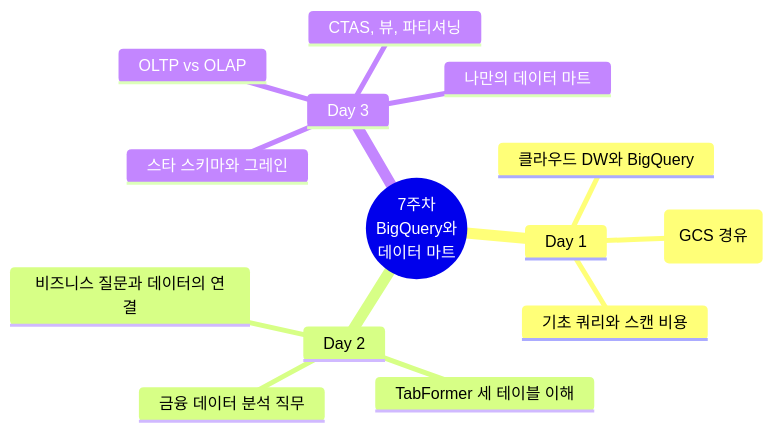
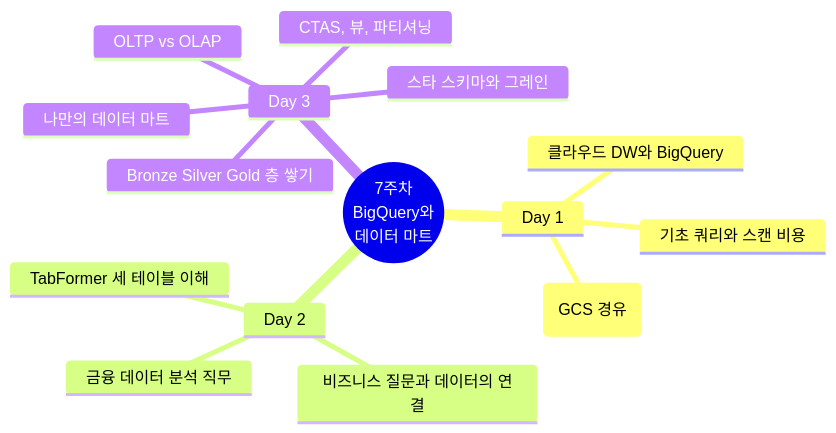
One commit to Eunjung-Cho/finda-week7-8 changed the fifth of 5 diagrams in docs/week7/day3-lecture.md. Above: the diagram before and after it, drawn with Mermaid. The commit also changed other lines of this file, not shown here.

````diff
--- a/docs/week7/day3-lecture.md
+++ b/docs/week7/day3-lecture.md
@@ -486,17 +553,18 @@
 ```mermaid
 mindmap
   root((7주차<br/>BigQuery와<br/>데이터 마트))
     Day 1
       클라우드 DW와 BigQuery
       데이터 적재 (GCS 경유)
       기초 쿼리와 스캔 비용
     Day 2
       금융 데이터 분석 직무
       TabFormer 세 테이블 이해
       비즈니스 질문과 데이터의 연결
     Day 3
       OLTP vs OLAP
       스타 스키마와 그레인
       CTAS, 뷰, 파티셔닝
+      Bronze Silver Gold 층 쌓기
       나만의 데이터 마트
 ```
````
